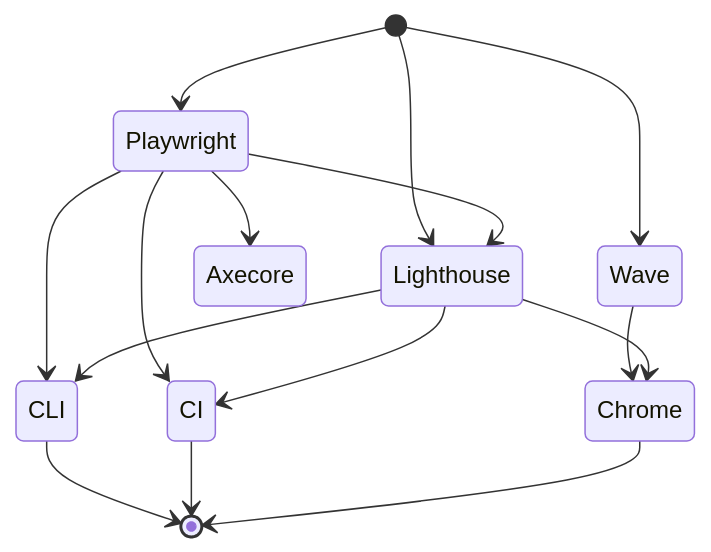
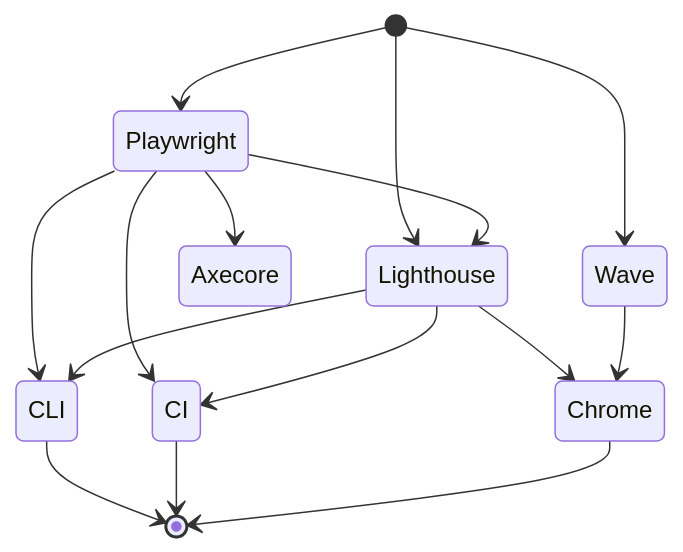
One commit to gsoulie/Mobile-App-Development changed the third of 3 diagrams in resources/Mobile App Resources and tools.md. Above: the diagram before and after it, drawn with Mermaid. The commit also changed other lines of this file, not shown here.

Commit message:
Fix order of Wave and Lighthouse in resources

`````diff
--- a/resources/Mobile App Resources and tools.md
+++ b/resources/Mobile App Resources and tools.md
@@ -50,19 +50,19 @@
 ````mermaid
 stateDiagram-v2
   [*] --> Playwright
   [*] --> Lighthouse
   [*] --> Wave
 
   Playwright --> CI
   Playwright --> CLI
   Playwright --> Axecore
   Playwright --> Lighthouse
-  Wave --> Chrome
   Lighthouse --> Chrome
   Lighthouse --> CI
   Lighthouse --> CLI
+  Wave --> Chrome
   CLI --> [*]
   CI --> [*]
   Chrome --> [*]
   
 ````
`````
